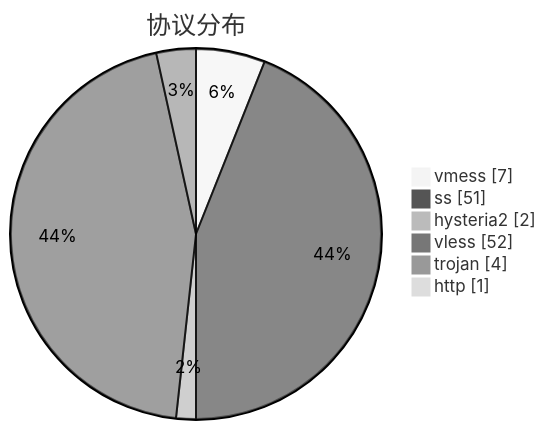
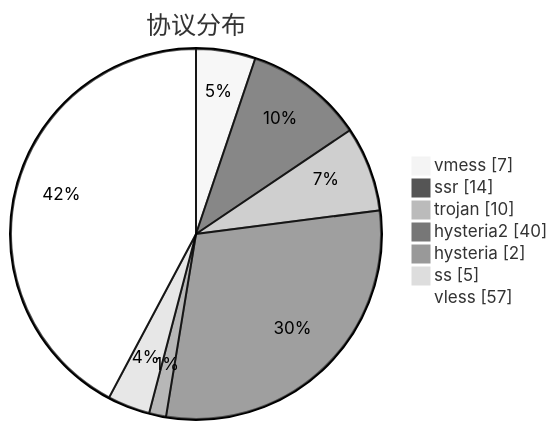
Before and after one commit to sinspired/airport: the third of 3 diagrams in subs/statistics/tested_within.md, drawn with Mermaid (neutral theme). The commit also changed other lines of this file and 2 other files, not shown here.

````diff
--- a/subs/statistics/tested_within.md
+++ b/subs/statistics/tested_within.md
@@ -36,10 +38,11 @@
 ```mermaid
 pie showData
 title 协议分布
 "vmess" : 7
-"ss" : 51
-"hysteria2" : 2
-"vless" : 52
-"trojan" : 4
-"http" : 1
+"ssr" : 14
+"trojan" : 10
+"hysteria2" : 40
+"hysteria" : 2
+"ss" : 5
+"vless" : 57
 ```
````
